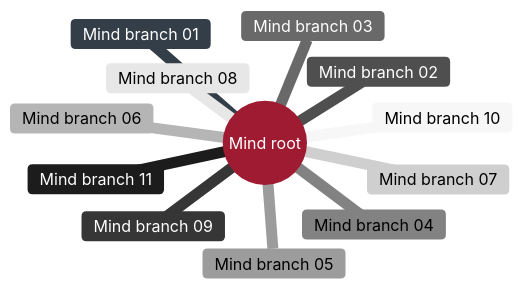
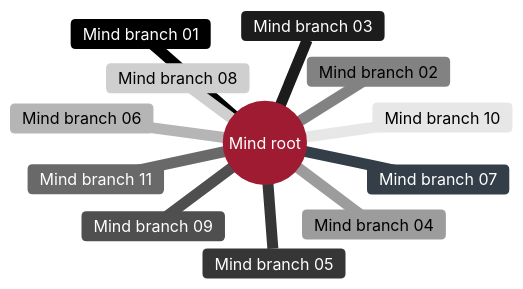
Before and after one commit to gvillarroel/skills: the diagram in skills/mermaid/assets/examples/mermaid-max-complexity/source/colorset1/mindmap.mmd, drawn with Mermaid. The commit also changed 590 other files, not shown here.

```diff
--- a/skills/mermaid/assets/examples/mermaid-max-complexity/source/colorset1/mindmap.mmd
+++ b/skills/mermaid/assets/examples/mermaid-max-complexity/source/colorset1/mindmap.mmd
@@ -1,89 +1,89 @@
 ---
 # mermaid: config begin
 config:
   theme: "base"
   themeVariables:
     THEME_COLOR_LIMIT: 12
     background: "#ffffff"
     primaryColor: "#9e1b32"
     primaryTextColor: "#ffffff"
     primaryBorderColor: "#9e1b32"
-    secondaryColor: "#333e48"
+    secondaryColor: "#000000"
     secondaryTextColor: "#ffffff"
-    secondaryBorderColor: "#333e48"
-    tertiaryColor: "#4f4f4f"
-    tertiaryTextColor: "#ffffff"
-    tertiaryBorderColor: "#4f4f4f"
+    secondaryBorderColor: "#000000"
+    tertiaryColor: "#828282"
+    tertiaryTextColor: "#000000"
+    tertiaryBorderColor: "#828282"
     lineColor: "#696969"
     textColor: "#333e48"
     mainBkg: "#9e1b32"
     nodeBkg: "#9e1b32"
     nodeBorder: "#9e1b32"
     clusterBkg: "#e7e7e7"
     clusterBorder: "#9c9c9c"
     defaultLinkColor: "#696969"
     edgeLabelBackground: "#ffffff"
     labelColor: "#ffffff"
     titleColor: "#333e48"
     git0: "#9e1b32"
     gitBranchLabel0: "#ffffff"
     cScale0: "#9e1b32"
-    cScale1: "#333e48"
-    cScale2: "#4f4f4f"
-    cScale3: "#696969"
-    cScale4: "#828282"
-    cScale5: "#9c9c9c"
+    cScale1: "#000000"
+    cScale2: "#828282"
+    cScale3: "#1c1c1c"
+    cScale4: "#9c9c9c"
+    cScale5: "#363636"
     cScale6: "#b5b5b5"
-    cScale7: "#cfcfcf"
-    cScale8: "#e7e7e7"
-    cScale9: "#363636"
-    cScale10: "#f7f7f7"
-    cScale11: "#1c1c1c"
+    cScale7: "#333e48"
+    cScale8: "#cfcfcf"
+    cScale9: "#4f4f4f"
+    cScale10: "#e7e7e7"
+    cScale11: "#696969"
     cScaleLabel0: "#ffffff"
     cScaleLabel1: "#ffffff"
-    cScaleLabel2: "#ffffff"
+    cScaleLabel2: "#000000"
     cScaleLabel3: "#ffffff"
     cScaleLabel4: "#000000"
-    cScaleLabel5: "#000000"
+    cScaleLabel5: "#ffffff"
     cScaleLabel6: "#000000"
-    cScaleLabel7: "#000000"
+    cScaleLabel7: "#ffffff"
     cScaleLabel8: "#000000"
     cScaleLabel9: "#ffffff"
     cScaleLabel10: "#000000"
     cScaleLabel11: "#ffffff"
     cScaleInv0: "#ffffff"
     cScaleInv1: "#ffffff"
-    cScaleInv2: "#ffffff"
+    cScaleInv2: "#000000"
     cScaleInv3: "#ffffff"
     cScaleInv4: "#000000"
-    cScaleInv5: "#000000"
+    cScaleInv5: "#ffffff"
     cScaleInv6: "#000000"
-    cScaleInv7: "#000000"
+    cScaleInv7: "#ffffff"
     cScaleInv8: "#000000"
     cScaleInv9: "#ffffff"
     cScaleInv10: "#000000"
     cScaleInv11: "#ffffff"
   themeCSS: ".node > rect, .node > circle, .node > ellipse, .node > polygon, .node > path, rect.actor, .note, .task, .task0, .task1, .task2, .task3 { stroke-width: 0 !important; }"
   mindmap:
     padding: 6
 # mermaid: config end
 # mermaid: metadata begin
 mermaid:
   colorset: "colorset1"
   mode: "standard"
   palette: "basic-red-neutral-style"
 # mermaid: metadata end
 ---
 mindmap
   root((Mind root))
     Mind branch 01
     Mind branch 02
     Mind branch 03
     Mind branch 04
     Mind branch 05
     Mind branch 06
     Mind branch 07
     Mind branch 08
     Mind branch 09
     Mind branch 10
     Mind branch 11
```
